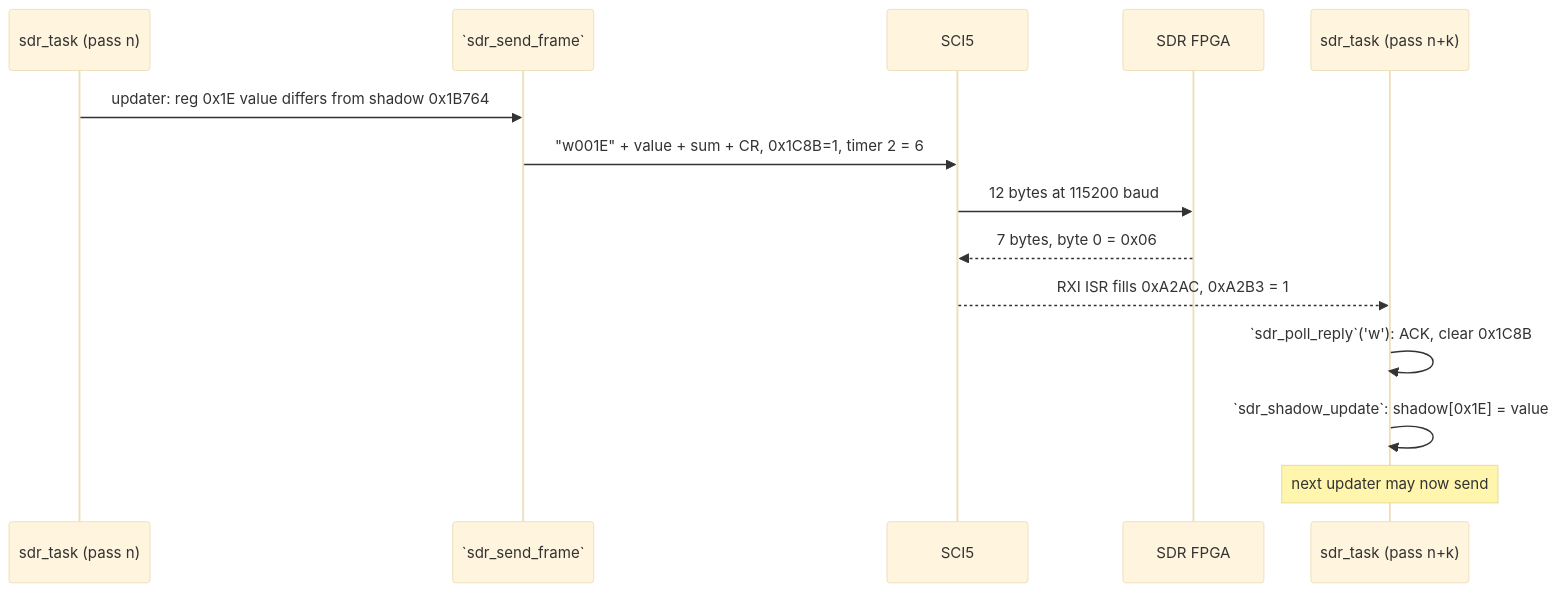
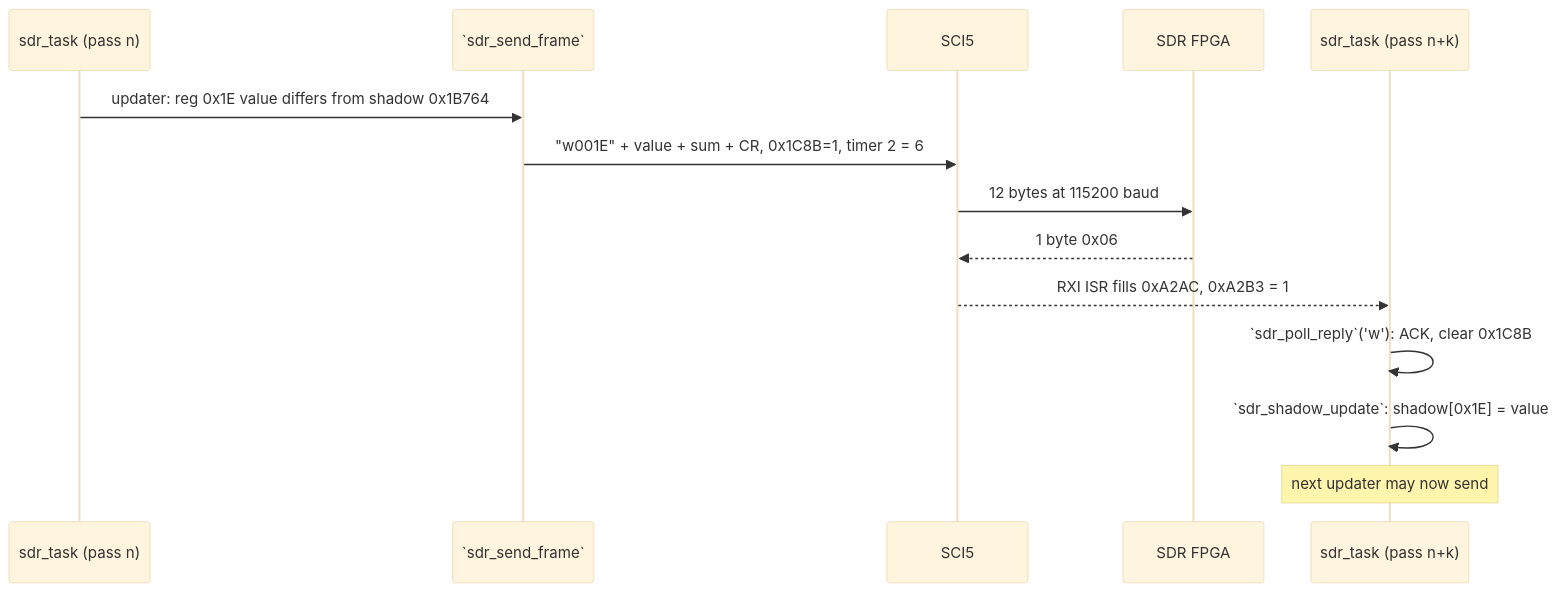
The second of 5 diagrams in docs/code/main/sdr-link.md (Reid-n0rc/FT-710_Firmware), drawn with Mermaid (base theme) before and after one commit. The commit also changed other lines of this file and 3 other files, not shown here.

````diff
--- a/docs/code/main/sdr-link.md
+++ b/docs/code/main/sdr-link.md
@@ -125,16 +131,16 @@
 ```mermaid
 sequenceDiagram
   participant T as sdr_task (pass n)
   participant F as `sdr_send_frame`
   participant U as SCI5
   participant S as SDR FPGA
   participant T2 as sdr_task (pass n+k)
   T->>F: updater: reg 0x1E value differs from shadow 0x1B764
   F->>U: "w001E" + value + sum + CR, 0x1C8B=1, timer 2 = 6
   U->>S: 12 bytes at 115200 baud
-  S-->>U: 7 bytes, byte 0 = 0x06
+  S-->>U: 1 byte 0x06
   U-->>T2: RXI ISR fills 0xA2AC, 0xA2B3 = 1
   T2->>T2: `sdr_poll_reply`('w'): ACK, clear 0x1C8B
   T2->>T2: `sdr_shadow_update`: shadow[0x1E] = value
   Note over T2: next updater may now send
 ```
````
